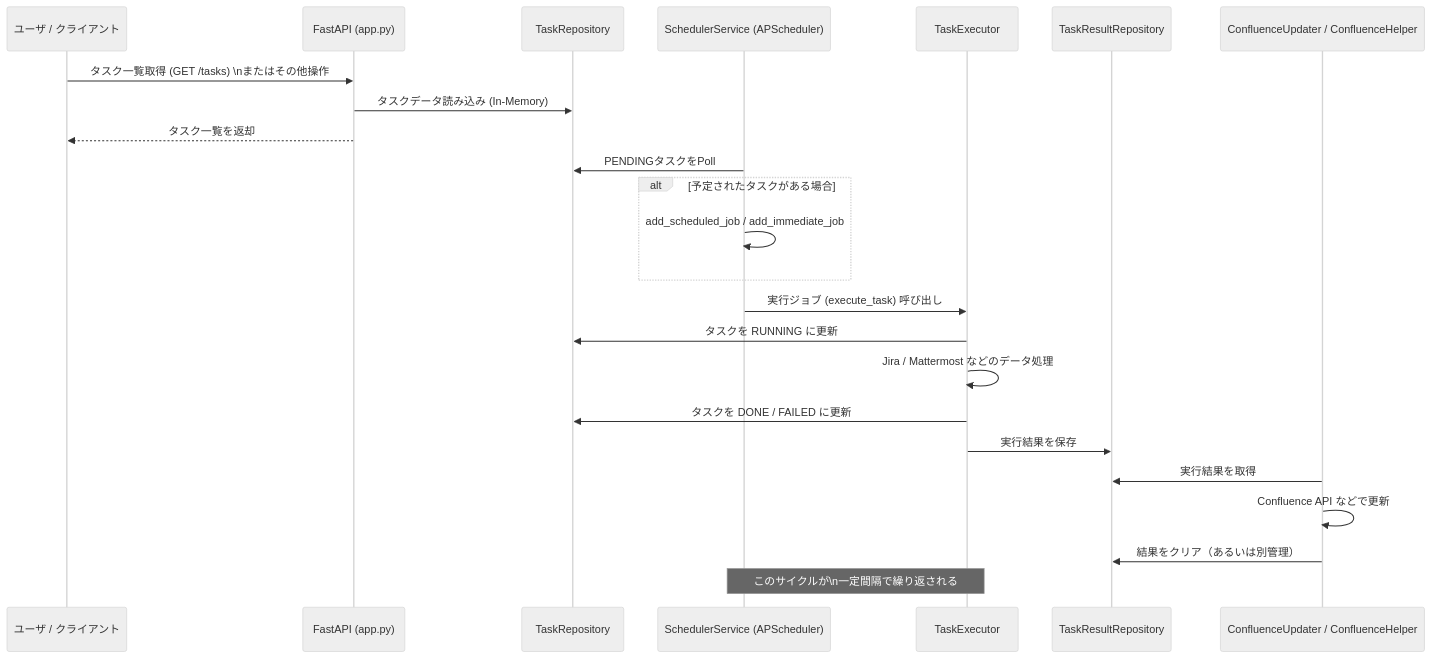
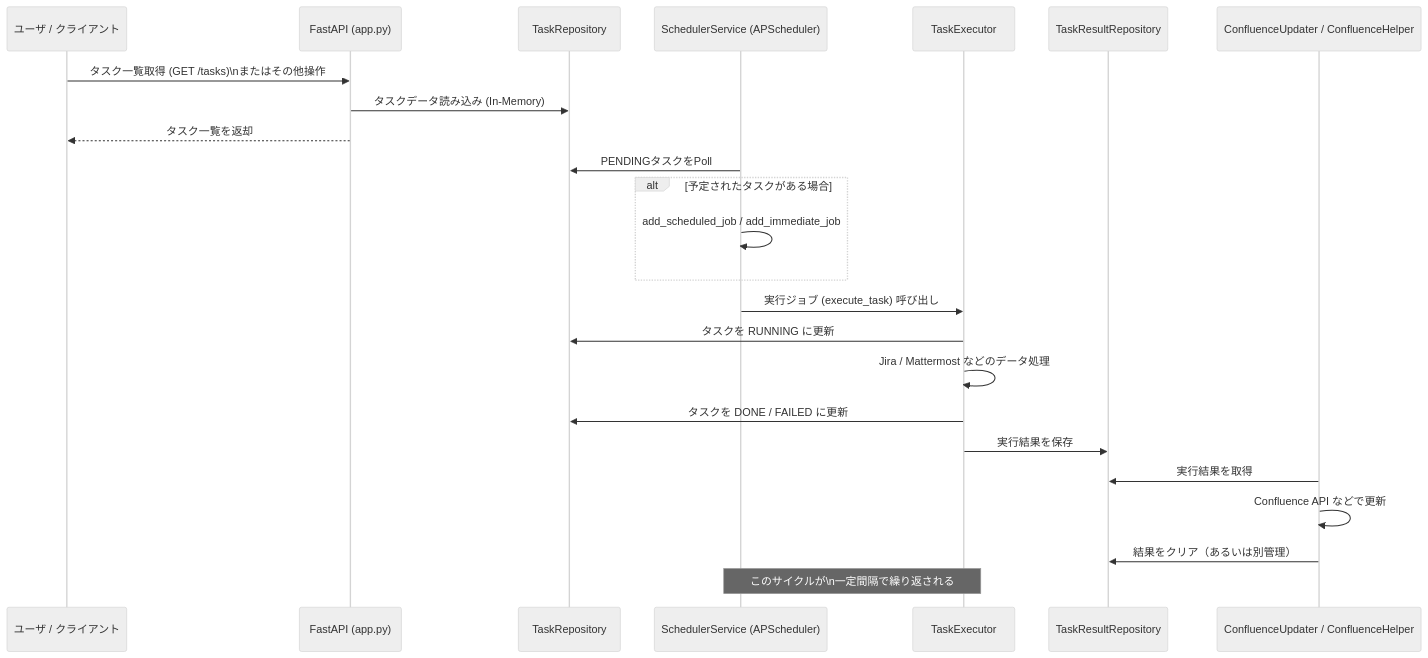
Before and after one commit to elvinyao/apscheduler-demo: the second of 2 diagrams in README.md, drawn with Mermaid (neutral theme). The commit also changed other lines of this file, not shown here.

````diff
--- a/README.md
+++ b/README.md
@@ -318,31 +318,31 @@
 ```mermaid
 sequenceDiagram
     participant USER as ユーザ / クライアント
     participant API as FastAPI (app.py)
     participant REP as TaskRepository
     participant SCH as SchedulerService (APScheduler)
     participant EXE as TaskExecutor
     participant RES as TaskResultRepository
     participant CFX as ConfluenceUpdater / ConfluenceHelper
-    
-    USER->>API: タスク一覧取得 (GET /tasks) \nまたはその他操作
+
+    USER->>API: タスク一覧取得 (GET /tasks)\nまたはその他操作
     API->>REP: タスクデータ読み込み (In-Memory)
     API-->>USER: タスク一覧を返却
 
     SCH->>REP: PENDINGタスクをPoll
     alt 予定されたタスクがある場合
         SCH->>SCH: add_scheduled_job / add_immediate_job
     end
 
     SCH->>EXE: 実行ジョブ (execute_task) 呼び出し
     EXE->>REP: タスクを RUNNING に更新
     EXE->>EXE: Jira / Mattermost などのデータ処理
     EXE->>REP: タスクを DONE / FAILED に更新
     EXE->>RES: 実行結果を保存
 
     CFX->>RES: 実行結果を取得
     CFX->>CFX: Confluence API などで更新
     CFX->>RES: 結果をクリア（あるいは別管理）
 
     note over SCH,EXE: このサイクルが\n一定間隔で繰り返される
 ```
````
